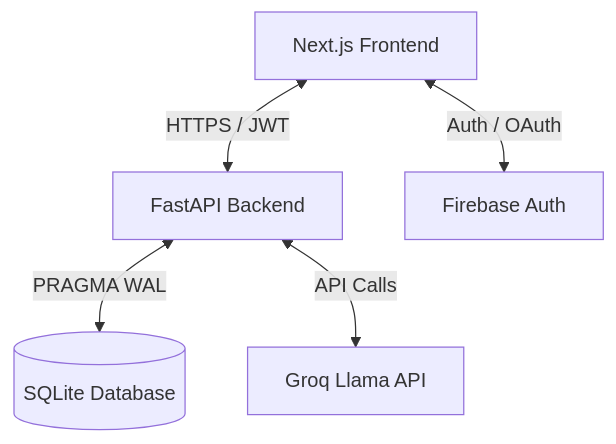
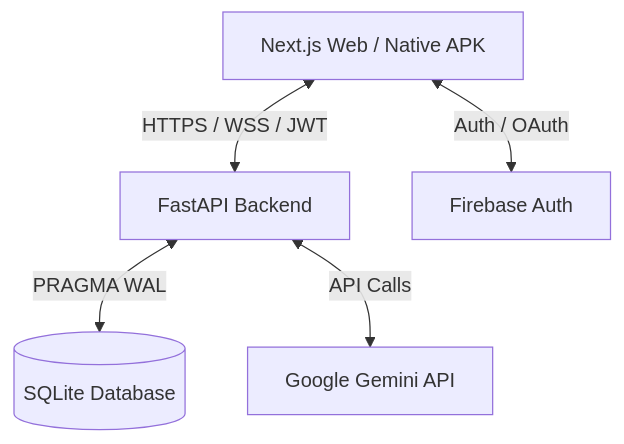
One commit to will050710-commits/DUOMATH changed the diagram in ARCHITECTURE_AND_INFRASTRUCTURE.md. Above: the diagram before and after it, drawn with Mermaid. The commit also changed other lines of this file, not shown here.

Commit message:
docs: update ARCHITECTURE_AND_INFRASTRUCTURE.md with Android Native WebView specs and WebSocket MRM scoring engine fixes

````diff
--- a/ARCHITECTURE_AND_INFRASTRUCTURE.md
+++ b/ARCHITECTURE_AND_INFRASTRUCTURE.md
@@ -15,7 +15,7 @@
 ```mermaid
 graph TD
-    Client[Next.js Frontend] <-->|HTTPS / JWT| API[FastAPI Backend]
+    Client[Next.js Web / Native APK] <-->|HTTPS / WSS / JWT| API[FastAPI Backend]
     API <-->|PRAGMA WAL| DB[(SQLite Database)]
-    API <-->|API Calls| Groq[Groq Llama API]
+    API <-->|API Calls| Groq[Google Gemini API]
     Client <-->|Auth / OAuth| Firebase[Firebase Auth]
 ```
````
